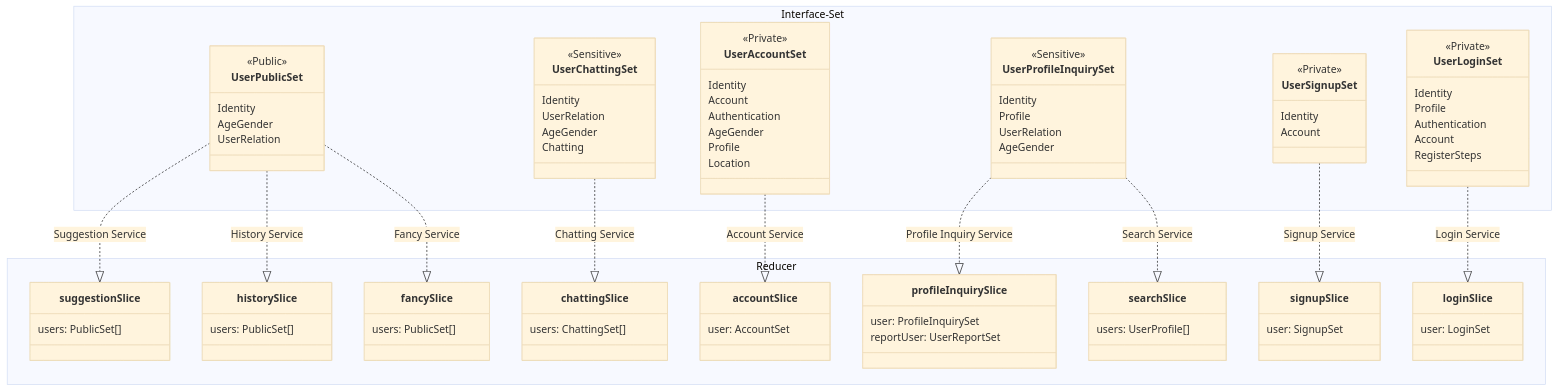
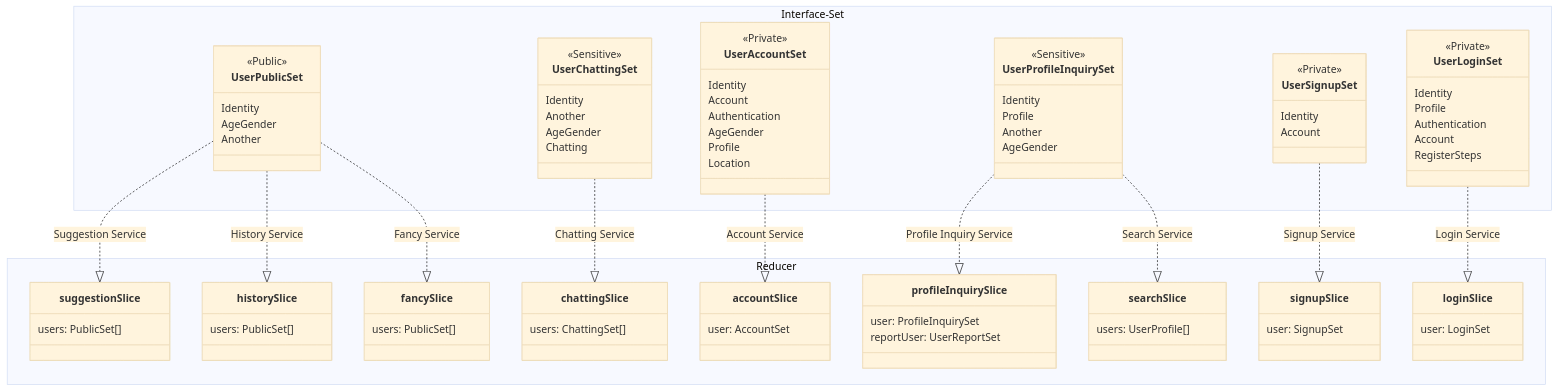
The second of 2 diagrams in app/redux/README.md (42Seoul-Tea42/frontend), drawn with Mermaid (base theme) before and after one commit. The commit also changed other lines of this file and 3 other files, not shown here.

Commit message:
rename: userRelation -> another 다른 유저의 정보를 표현하는 인터페이스

```diff
--- a/app/redux/README.md
+++ b/app/redux/README.md
@@ -143,13 +144,13 @@
         <<Public>>
         Identity
         AgeGender
-        UserRelation
+        Another
     }
 
     class UserChattingSet {
         <<Sensitive>>
         Identity
-        UserRelation
+        Another
         AgeGender
         Chatting
     }
@@ -168,7 +169,7 @@
         <<Sensitive>>
         Identity
         Profile
-        UserRelation
+        Another
         AgeGender
     }
 
```
